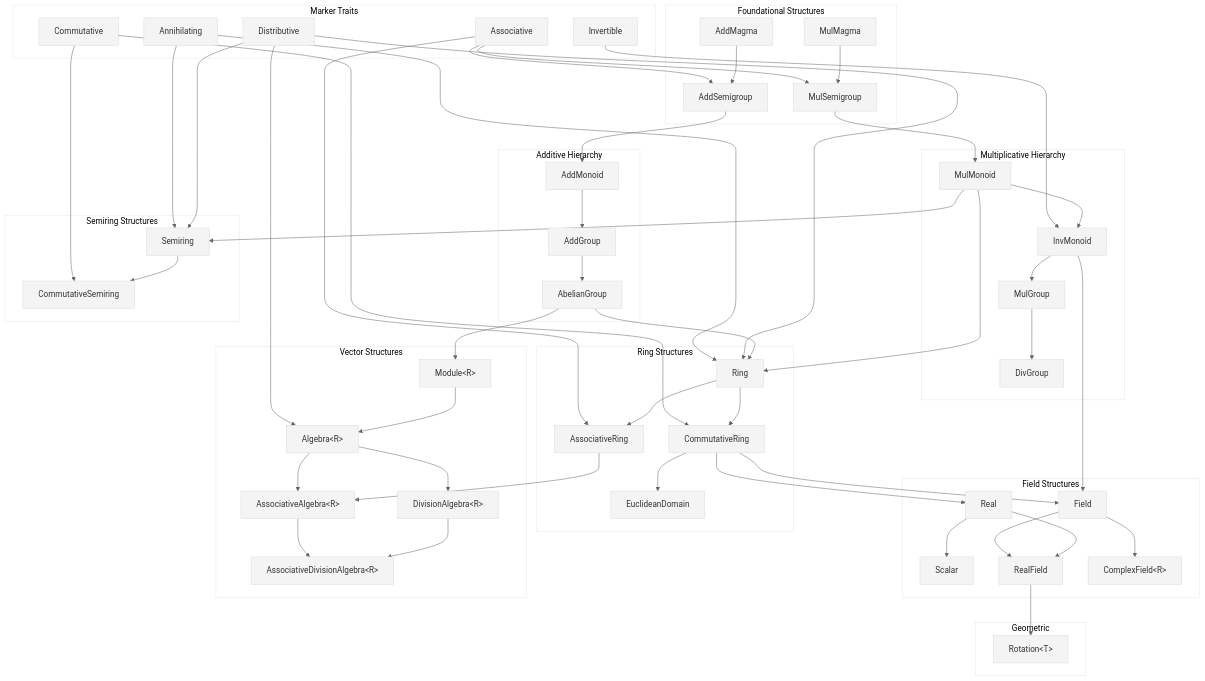
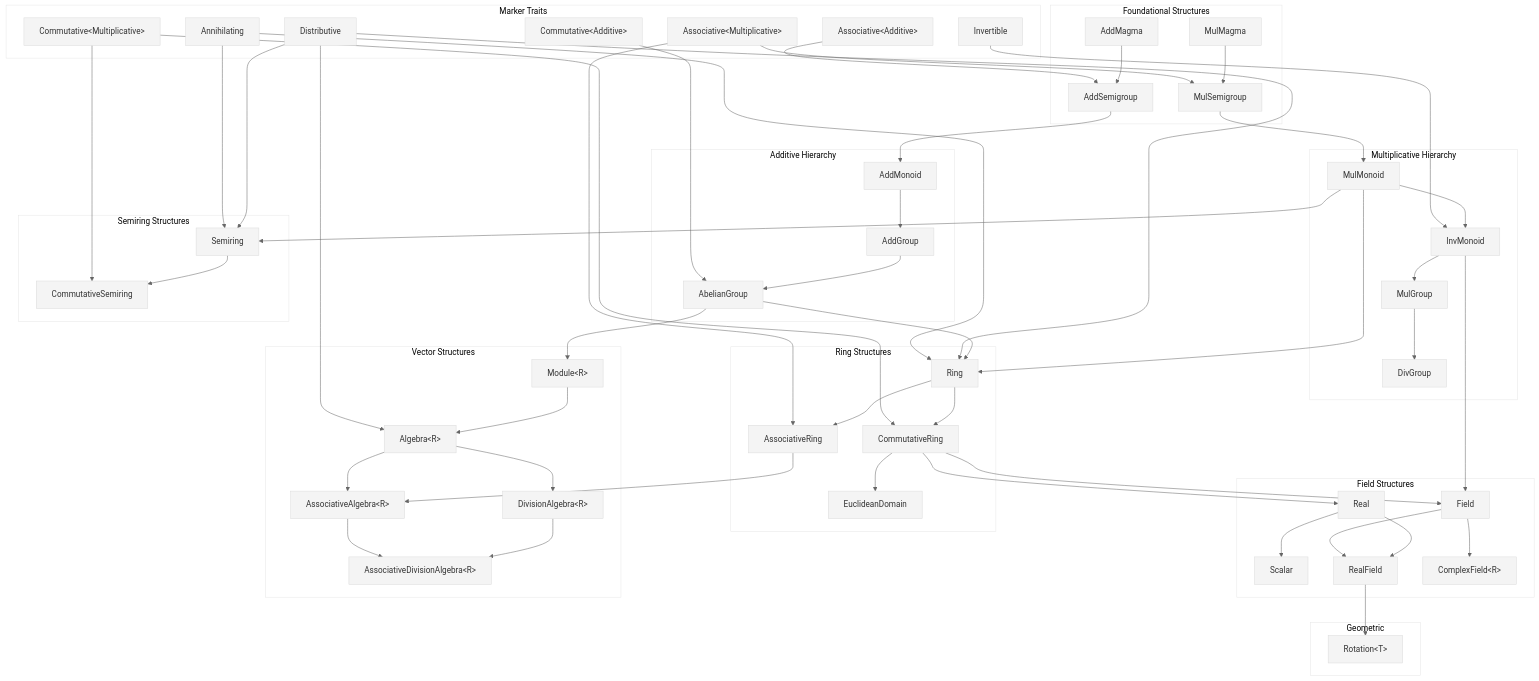
One commit to deepcausality-rs/deep_causality changed the diagram in deep_causality_algebra/README_ALGEBRA_TRAITS.md. Above: the diagram before and after it, drawn with Mermaid. The commit also changed other lines of this file and 42 other files, not shown here.

```diff
--- a/deep_causality_algebra/README_ALGEBRA_TRAITS.md
+++ b/deep_causality_algebra/README_ALGEBRA_TRAITS.md
@@ -8,8 +8,10 @@
 %%{init: {'theme': 'base', 'themeVariables': { 'primaryColor': '#f4f4f4', 'primaryTextColor': '#333', 'lineColor': '#666' }}}%%
 graph TD
     subgraph Marker Traits
-        Assoc["Associative"]
-        Comm["Commutative"]
+        AssocA["Associative&lt;Additive&gt;"]
+        AssocM["Associative&lt;Multiplicative&gt;"]
+        CommA["Commutative&lt;Additive&gt;"]
+        CommM["Commutative&lt;Multiplicative&gt;"]
         Dist["Distributive"]
         Annih["Annihilating"]
         Inv["Invertible"]
@@ -70,13 +72,14 @@
     %% Semigroup path
     AddMag --> AddSemi
     MulMag --> MulSemi
-    Assoc --> AddSemi
-    Assoc --> MulSemi
+    AssocA --> AddSemi
+    AssocM --> MulSemi
 
     %% Additive path
     AddSemi --> AddMon
     AddMon --> AddGrp
     AddGrp --> AbelGrp
+    CommA --> AbelGrp
 
     %% Multiplicative path
     MulSemi --> MulMon
@@ -90,7 +93,7 @@
     Dist --> Semi
     Annih --> Semi
     Semi --> CommSemi
-    Comm --> CommSemi
+    CommM --> CommSemi
 
     %% Ring path
     AbelGrp --> Ring
@@ -98,9 +101,9 @@
     Dist --> Ring
     Annih --> Ring
     Ring --> AssocRing
-    Assoc --> AssocRing
+    AssocM --> AssocRing
     Ring --> CommRing
-    Comm --> CommRing
+    CommM --> CommRing
     CommRing --> EuclidDom
 
     %% Field path
```
